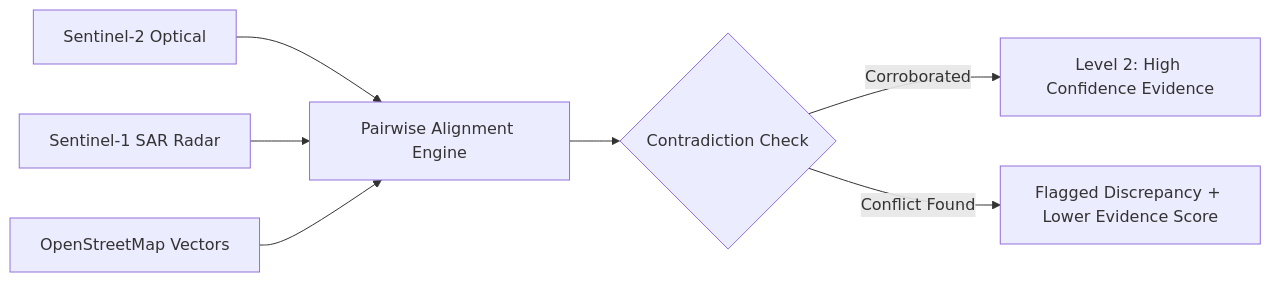
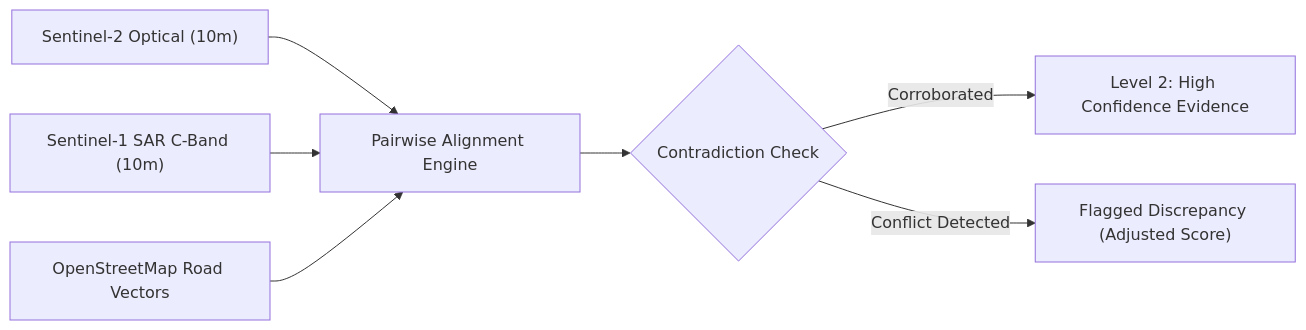
The diagram in README.md (zoraizanwar/ORBIT), drawn with Mermaid before and after one commit. The commit also changed 1 other file, not shown here.

Commit message:
fix(docs): resolve GitHub Mermaid rendering error

````diff
--- a/README.md
+++ b/README.md
@@ -119,9 +119,9 @@
 ```mermaid
 flowchart LR
-    S2[Sentinel-2 Optical] --> Fusion[Pairwise Alignment Engine]
-    S1[Sentinel-1 SAR Radar] --> Fusion
-    OSM[OpenStreetMap Vectors] --> Fusion
-    Fusion --> Score{Contradiction Check}
-    Score -->|Corroborated| HighConf[Level 2: High Confidence Evidence]
-    Score -->|Conflict Found| Downgrade[Flagged Discrepancy + Lower Evidence Score]
+    S2["Sentinel-2 Optical (10m)"] --> FUSION["Pairwise Alignment Engine"]
+    S1["Sentinel-1 SAR C-Band (10m)"] --> FUSION
+    OSM["OpenStreetMap Road Vectors"] --> FUSION
+    FUSION --> CHECK{"Contradiction Check"}
+    CHECK -->|"Corroborated"| HIGH["Level 2: High Confidence Evidence"]
+    CHECK -->|"Conflict Detected"| LOW["Flagged Discrepancy (Adjusted Score)"]
 ```
````
